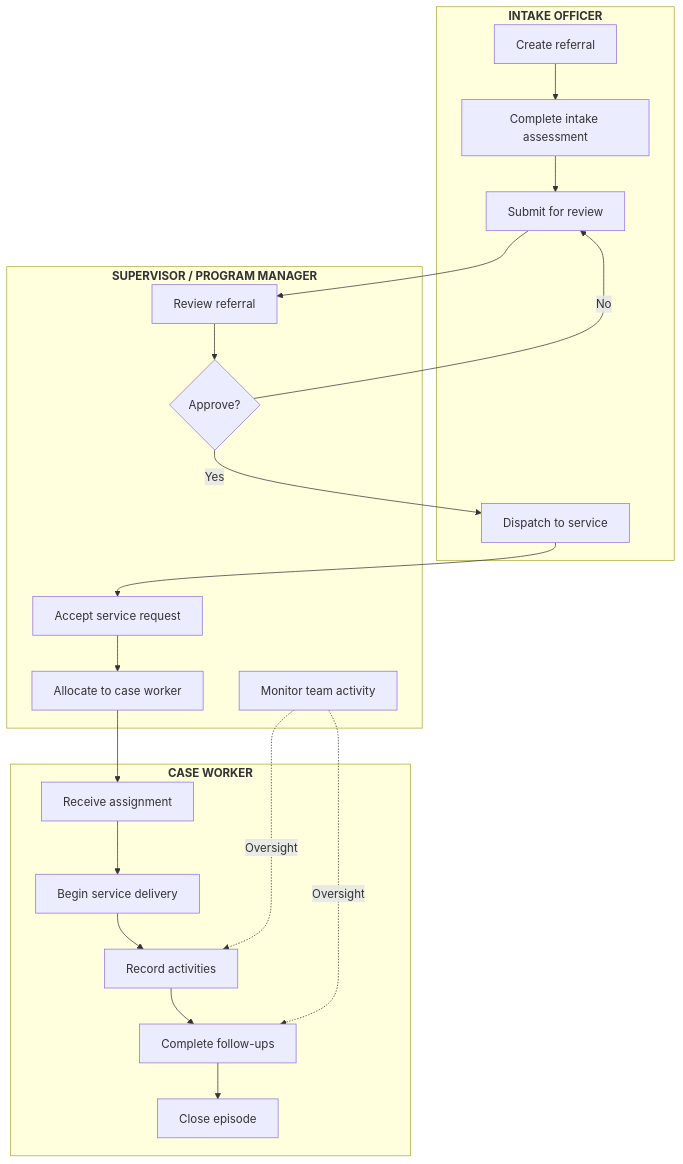
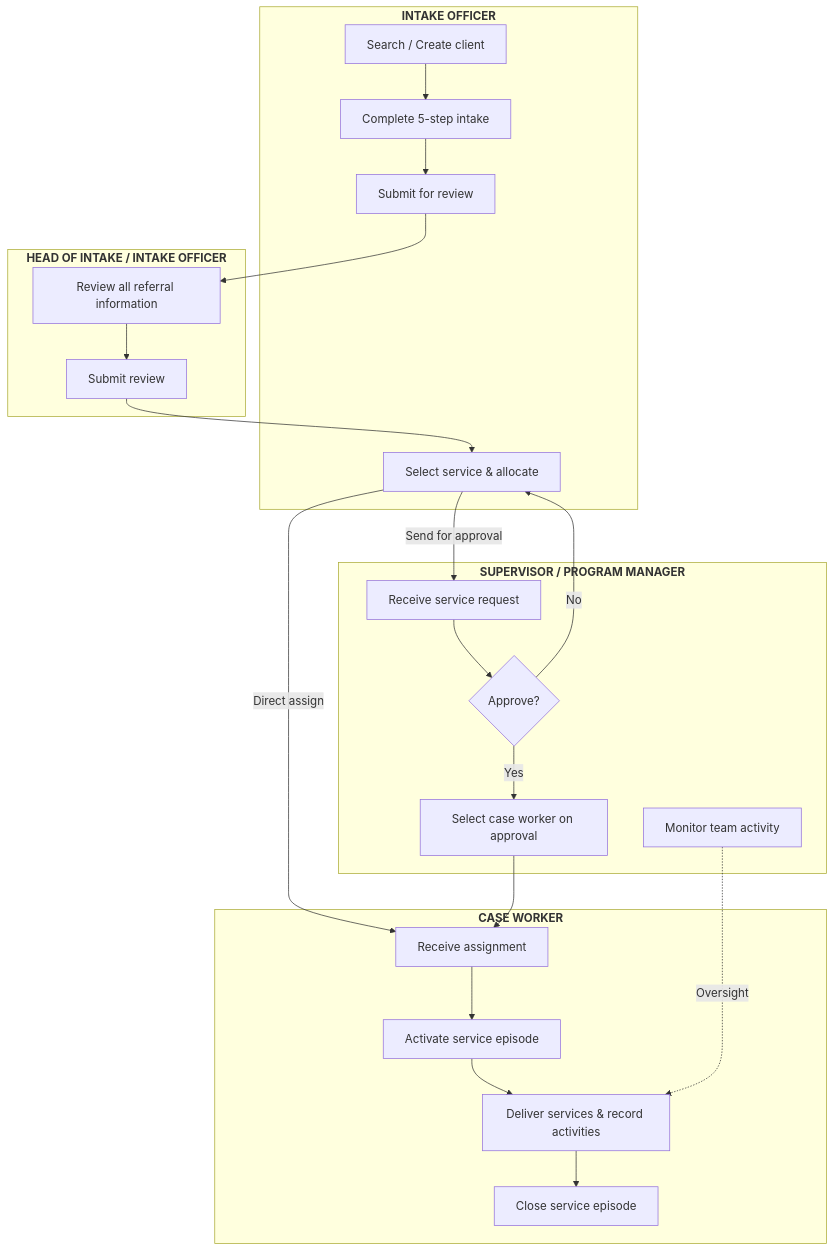
Before and after one commit to manaaki-tech/manaakicare-docs: the second of 6 diagrams in docs/getting-started/workflow-overview.mdx, drawn with Mermaid. The commit also changed other lines of this file, not shown here.

````diff
--- a/docs/getting-started/workflow-overview.mdx
+++ b/docs/getting-started/workflow-overview.mdx
@@ -70,39 +128,45 @@
 ```mermaid
 flowchart TB
     subgraph io["<b>INTAKE OFFICER</b>"]
-        io1["Create referral"]
-        io2["Complete intake assessment"]
+        io1["Search / Create client"]
+        io2["Complete 5-step intake"]
         io3["Submit for review"]
-        io4["Dispatch to service"]
+        io4["Select service & allocate"]
+    end
+
+    subgraph reviewer["<b>HEAD OF INTAKE / INTAKE OFFICER</b>"]
+        rev1["Review all referral information"]
+        rev2["Submit review"]
     end
 
     subgraph sup["<b>SUPERVISOR / PROGRAM MANAGER</b>"]
-        sup1["Review referral"]
+        sup1["Receive service request"]
         sup2{"Approve?"}
-        sup3["Accept service request"]
-        sup4["Allocate to case worker"]
-        sup5["Monitor team activity"]
+        sup3["Select case worker on approval"]
+        sup4["Monitor team activity"]
     end
 
     subgraph cw["<b>CASE WORKER</b>"]
         cw1["Receive assignment"]
-        cw2["Begin service delivery"]
-        cw3["Record activities"]
-        cw4["Complete follow-ups"]
-        cw5["Close episode"]
+        cw2["Activate service episode"]
+        cw3["Deliver services & record activities"]
+        cw4["Close service episode"]
     end
 
     io1 --> io2 --> io3
-    io3 --> sup1
+    io3 --> rev1
+    rev1 --> rev2
+    rev2 --> io4
+
+    io4 -->|"Send for approval"| sup1
+    io4 -->|"Direct assign"| cw1
+
     sup1 --> sup2
-    sup2 -->|"Yes"| io4
-    sup2 -->|"No"| io3
-    io4 --> sup3
-    sup3 --> sup4
-    sup4 --> cw1
+    sup2 -->|"Yes"| sup3
+    sup3 --> cw1
+    sup2 -->|"No"| io4
+
     cw1 --> cw2 --> cw3 --> cw4
-    cw4 --> cw5
-    sup5 -.->|"Oversight"| cw3
-    sup5 -.->|"Oversight"| cw4
+    sup4 -.->|"Oversight"| cw3
 
 ```
````
